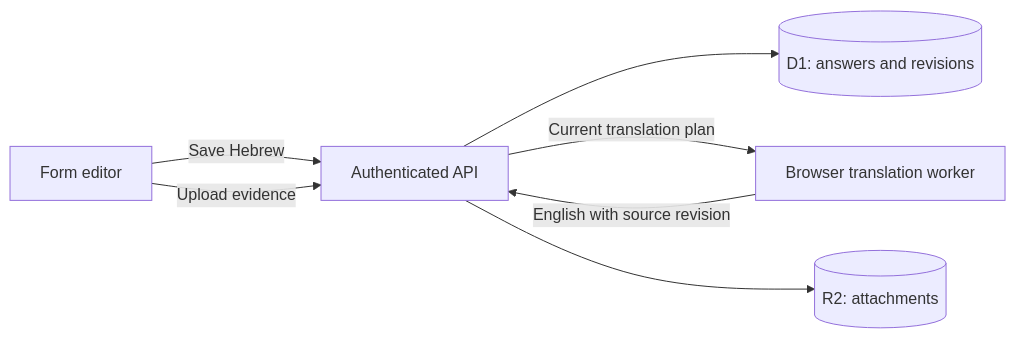
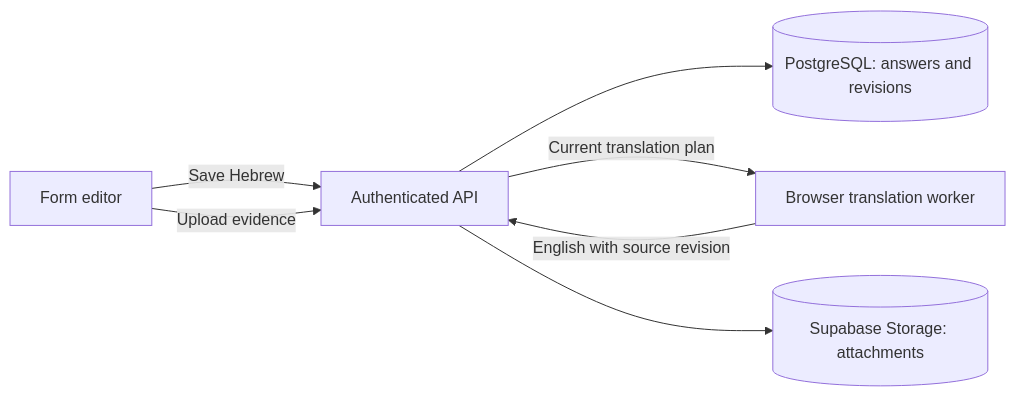
The diagram in docs/architecture.md (saharohana-png/biu-racing-forms), drawn with Mermaid before and after one commit. The commit also changed other lines of this file and 42 other files, not shown here.

````diff
--- a/docs/architecture.md
+++ b/docs/architecture.md
@@ -36,9 +37,9 @@
 ```mermaid
 flowchart LR
   Editor[Form editor] -->|Save Hebrew| API[Authenticated API]
-  API --> D1[(D1: answers and revisions)]
+  API --> D1[(PostgreSQL: answers and revisions)]
   API -->|Current translation plan| Browser[Browser translation worker]
   Browser -->|English with source revision| API
   Editor -->|Upload evidence| API
-  API --> R2[(R2: attachments)]
+  API --> R2[(Supabase Storage: attachments)]
 ```
````
